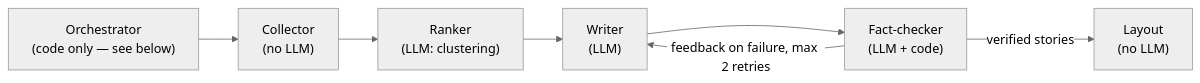
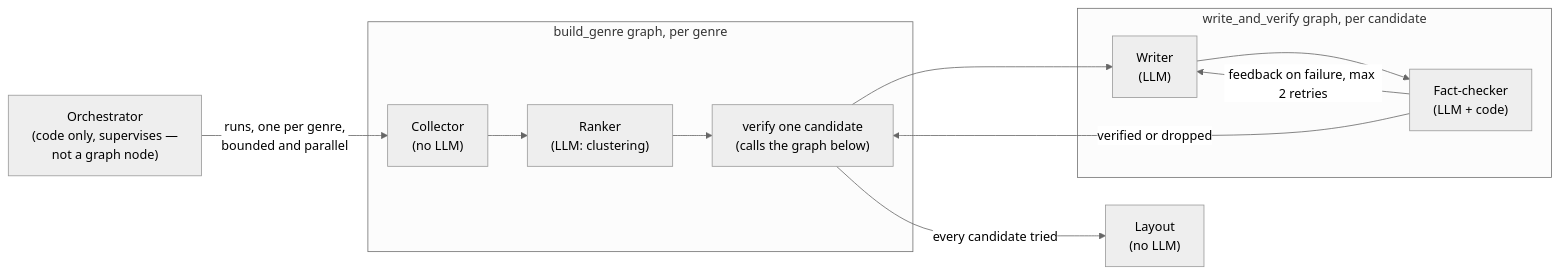
One commit to gurpreetmattu/the-morning-mosaic changed the third of 3 diagrams in docs/architecture.md. Above: the diagram before and after it, drawn with Mermaid (neutral theme). The commit also changed other lines of this file and 9 other files, not shown here.

````diff
--- a/docs/architecture.md
+++ b/docs/architecture.md
@@ -101,13 +110,25 @@
 ```mermaid
 flowchart LR
-    orch["Orchestrator<br/>(code only — see below)"]
-    collector["Collector<br/>(no LLM)"]
-    ranker["Ranker<br/>(LLM: clustering)"]
-    writer["Writer<br/>(LLM)"]
-    checker["Fact-checker<br/>(LLM + code)"]
+    orch["Orchestrator<br/>(code only, supervises —<br/>not a graph node)"]
+
+    subgraph "build_genre graph, per genre"
+        collector["Collector<br/>(no LLM)"]
+        ranker["Ranker<br/>(LLM: clustering)"]
+        verify_step["verify one candidate<br/>(calls the graph below)"]
+        collector --> ranker --> verify_step
+    end
+
+    subgraph "write_and_verify graph, per candidate"
+        writer["Writer<br/>(LLM)"]
+        checker["Fact-checker<br/>(LLM + code)"]
+        writer --> checker
+        checker -->|feedback on failure, max 2 retries| writer
+    end
+
     layout["Layout<br/>(no LLM)"]
 
-    orch --> collector --> ranker --> writer --> checker
-    checker -->|feedback on failure, max 2 retries| writer
-    checker -->|verified stories| layout
+    orch -->|runs, one per genre,<br/>bounded and parallel| collector
+    verify_step --> writer
+    checker -->|verified or dropped| verify_step
+    verify_step -->|every candidate tried| layout
 ```
````
